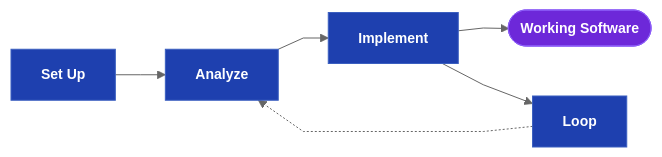
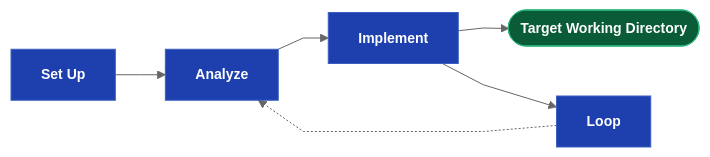
Before and after one commit to webcloudstudio/Drydock: the first of 8 diagrams in docs/Drydock_Specification.md, drawn with Mermaid. The commit also changed other lines of this file, not shown here.

Commit message:
Update specification build compass flow

````diff
--- a/docs/Drydock_Specification.md
+++ b/docs/Drydock_Specification.md
@@ -60,16 +60,16 @@
 ```mermaid
 %%{init: {'theme': 'neutral', 'flowchart': {'curve': 'linear'}, 'themeVariables': {'fontSize': '14px'}}}%%
 flowchart LR
   classDef dir    fill:#0a5c38,stroke:#2cb67d,color:#fff,font-weight:bold
   classDef md     fill:#d4a017,stroke:#a07810,color:#111,font-weight:bold
   classDef script fill:#1e40af,stroke:#3b5fc0,color:#fff,font-weight:bold
   classDef prompt fill:#c2410c,stroke:#ea580c,color:#fff,font-weight:bold
   classDef output fill:#6d28d9,stroke:#8b5cf6,color:#fff,font-weight:bold
   classDef web    fill:#be123c,stroke:#fb7185,color:#fff,font-weight:bold
 
   SETUP["Set Up"]:::script --> ANALYZE["Analyze"]:::script
   ANALYZE --> IMPLEMENT["Implement"]:::script
-  IMPLEMENT --> SOFTWARE(["Working Software"]):::output
+  IMPLEMENT --> TARGET(["Target Working Directory"]):::dir
   IMPLEMENT --> LOOP["Loop"]:::script
   LOOP -.-> ANALYZE
 ```
````
